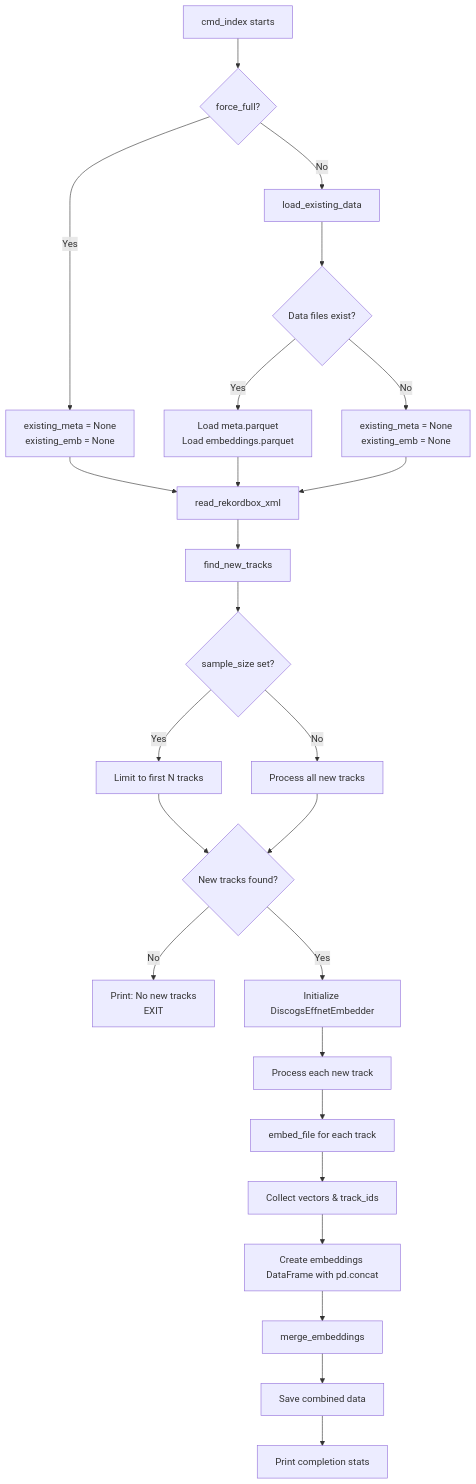
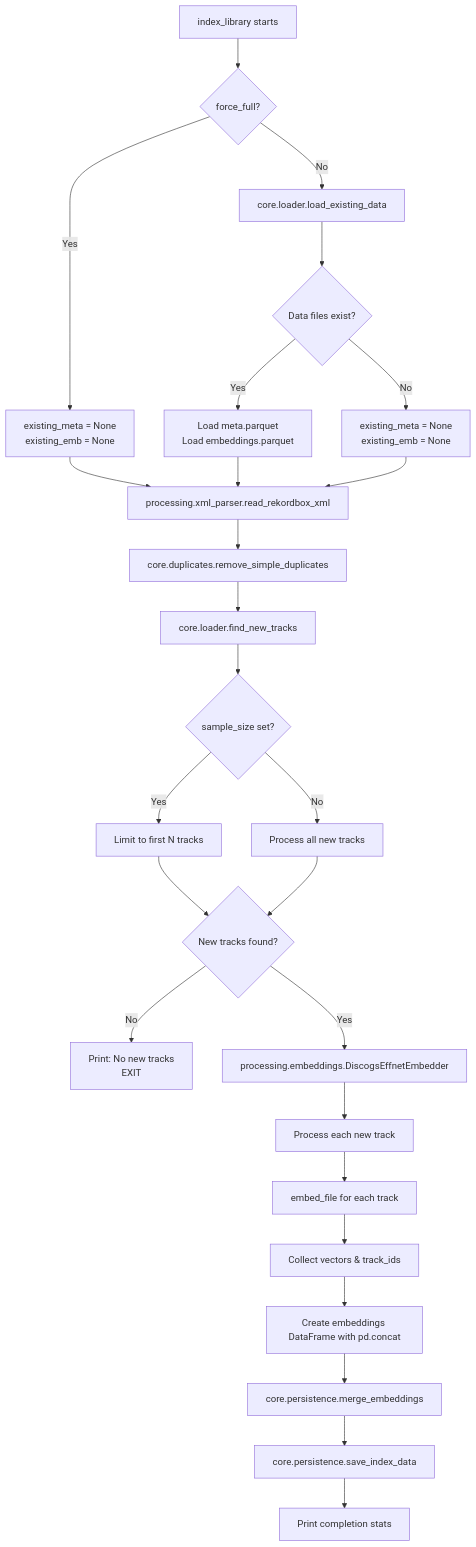
Before and after one commit to zeinramadan/cosine-companion: the first of 3 diagrams in PROGRAM_FLOW.md, drawn with Mermaid. The commit also changed other lines of this file, not shown here.

````diff
--- a/PROGRAM_FLOW.md
+++ b/PROGRAM_FLOW.md
@@ -72,31 +82,32 @@
 ```mermaid
 graph TD
-    A[cmd_index starts] --> B{force_full?}
+    A[index_library starts] --> B{force_full?}
     B -->|Yes| C[existing_meta = None<br/>existing_emb = None]
-    B -->|No| D[load_existing_data]
+    B -->|No| D[core.loader.load_existing_data]
     
     D --> E{Data files exist?}
     E -->|Yes| F[Load meta.parquet<br/>Load embeddings.parquet]
     E -->|No| G[existing_meta = None<br/>existing_emb = None]
     
-    C --> H[read_rekordbox_xml]
+    C --> H[processing.xml_parser.read_rekordbox_xml]
     F --> H
     G --> H
     
-    H --> I[find_new_tracks]
+    H --> Ha[core.duplicates.remove_simple_duplicates]
+    Ha --> I[core.loader.find_new_tracks]
     I --> J{sample_size set?}
     J -->|Yes| K[Limit to first N tracks]
     J -->|No| L[Process all new tracks]
     K --> M{New tracks found?}
     L --> M
     M -->|No| N[Print: No new tracks<br/>EXIT]
-    M -->|Yes| O[Initialize DiscogsEffnetEmbedder]
+    M -->|Yes| O[processing.embeddings.DiscogsEffnetEmbedder]
     
     O --> P[Process each new track]
     P --> Q[embed_file for each track]
     Q --> R[Collect vectors & track_ids]
     R --> S[Create embeddings DataFrame with pd.concat]
-    S --> T[merge_embeddings]
-    T --> U[Save combined data]
+    S --> T[core.persistence.merge_embeddings]
+    T --> U[core.persistence.save_index_data]
     U --> V[Print completion stats]
 ```
````
